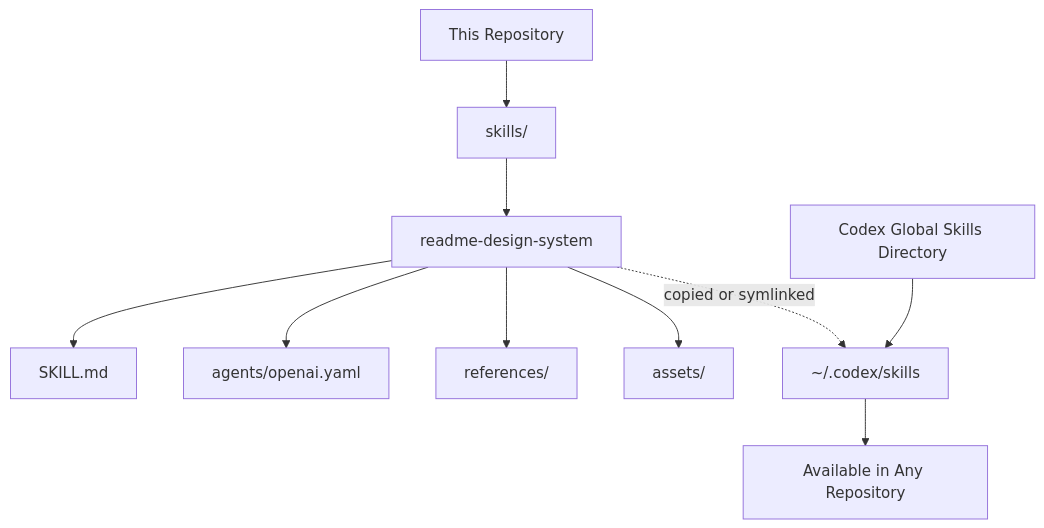
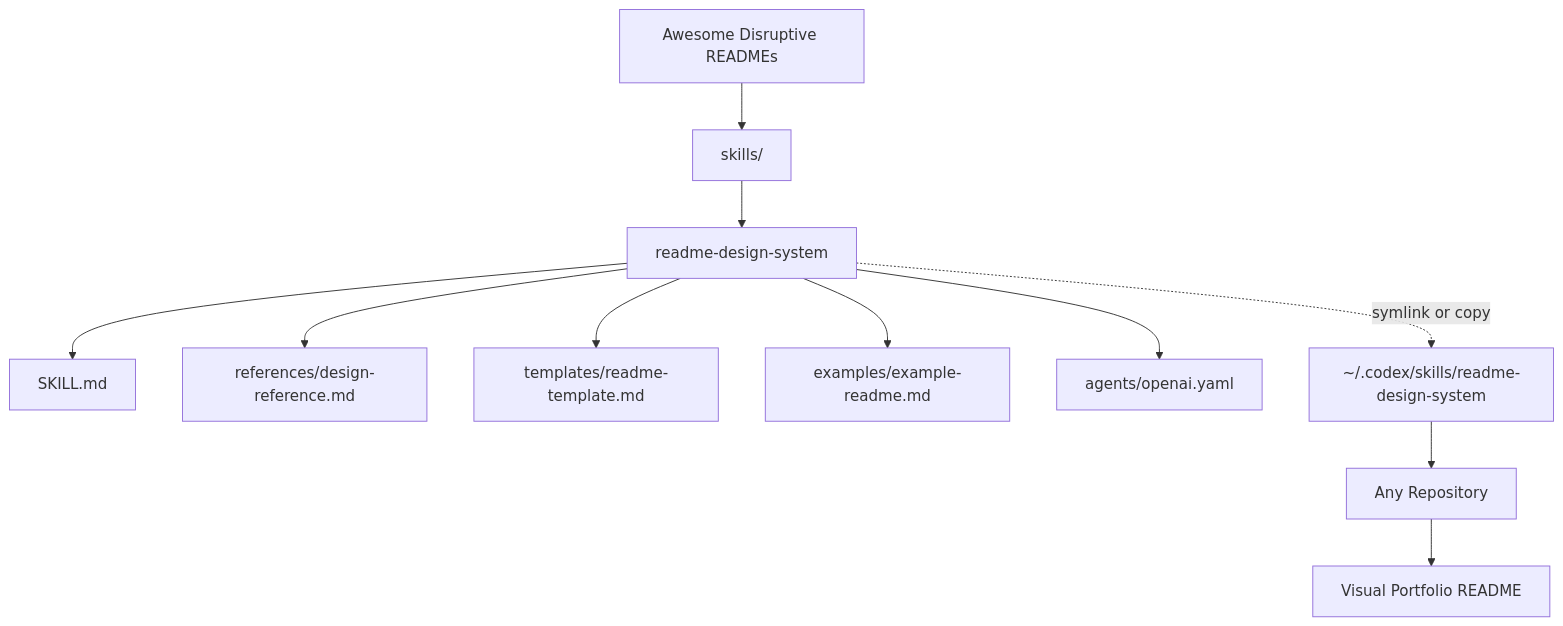
Before and after one commit to NicolasHoyosDevss/Awesome-disruptive-readmes: the diagram in README.md, drawn with Mermaid. The commit also changed other lines of this file and 5 other files, not shown here.

Commit message:
docs: enhance visual readme design system

````diff
--- a/README.md
+++ b/README.md
@@ -61,13 +112,14 @@
 ```mermaid
 flowchart TD
-    A[This Repository] --> B[skills/]
+    A[Awesome Disruptive READMEs] --> B[skills/]
     B --> C[readme-design-system]
     C --> D[SKILL.md]
-    C --> E[agents/openai.yaml]
-    C --> F[references/]
-    C --> G[assets/]
+    C --> E[references/design-reference.md]
+    C --> F[templates/readme-template.md]
+    C --> G[examples/example-readme.md]
+    C --> H[agents/openai.yaml]
 
-    H[Codex Global Skills Directory] --> I[~/.codex/skills]
-    C -. copied or symlinked .-> I
-    I --> J[Available in Any Repository]
+    C -. symlink or copy .-> I[~/.codex/skills/readme-design-system]
+    I --> J[Any Repository]
+    J --> K[Visual Portfolio README]
 ```
````
